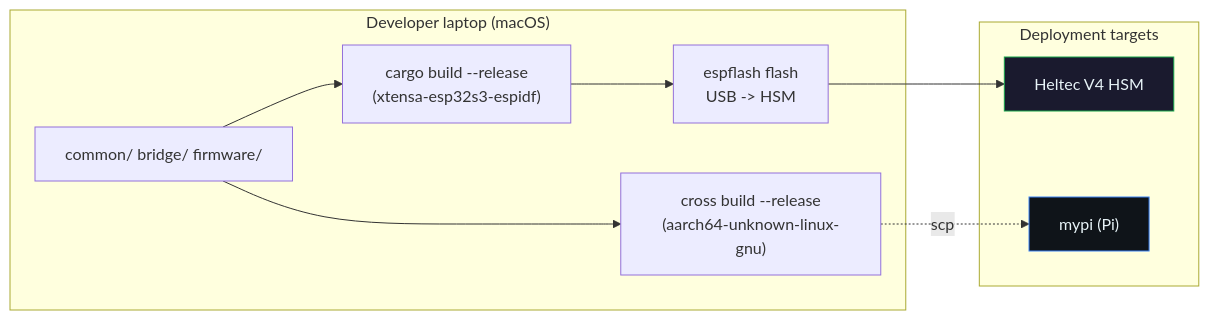
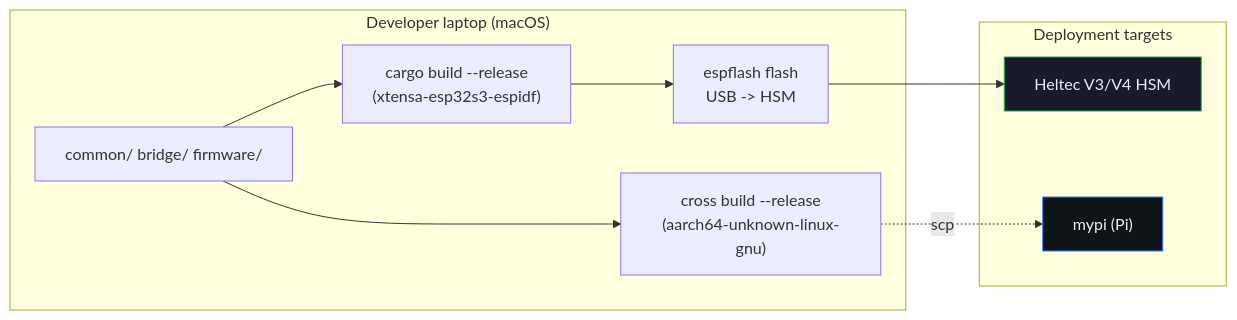
Before and after one commit to forgesworn/heartwood-esp32: the fifth of 5 diagrams in docs/architecture.md, drawn with Mermaid. The commit also changed other lines of this file and 21 other files, not shown here.

````diff
--- a/docs/architecture.md
+++ b/docs/architecture.md
@@ -209,20 +209,20 @@
 ```mermaid
 flowchart LR
     subgraph Dev["Developer laptop (macOS)"]
         Src["common/ bridge/ firmware/"]
         Xtensa["cargo build --release<br/>(xtensa-esp32s3-espidf)"]
         Cross["cross build --release<br/>(aarch64-unknown-linux-gnu)"]
         Espflash["espflash flash<br/>USB -> HSM"]
     end
 
     subgraph Target["Deployment targets"]
-        HSM2["Heltec V4 HSM"]
+        HSM2["Heltec V3/V4 HSM"]
         Pi2["mypi (Pi)"]
     end
 
     Src --> Xtensa --> Espflash --> HSM2
     Src --> Cross -.scp.-> Pi2
 
     style HSM2 fill:#1a1a2e,stroke:#16a34a,color:#e8f4f8
     style Pi2 fill:#0f1419,stroke:#3b82f6,color:#e8f4f8
 ```
````
